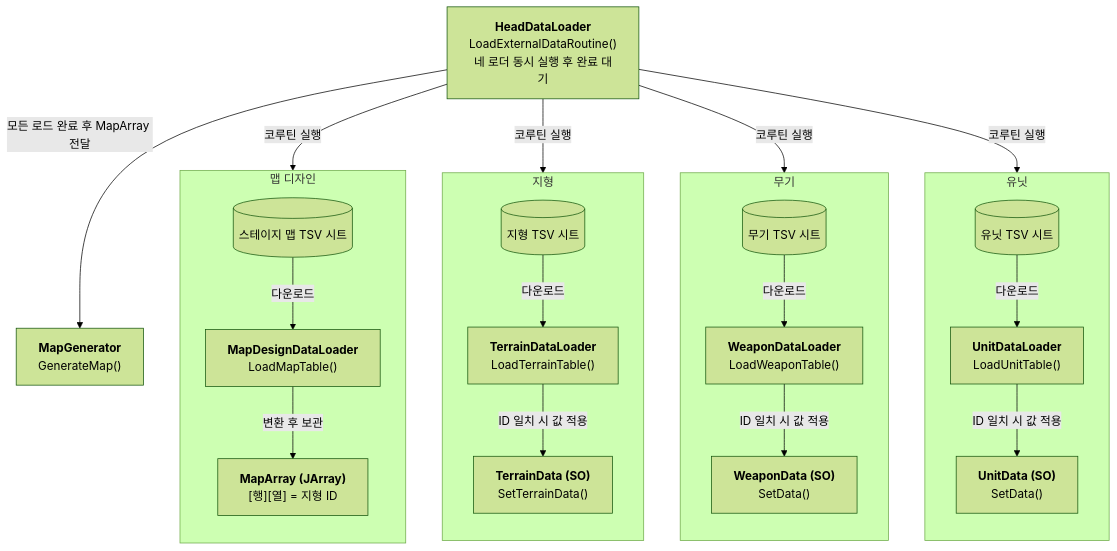
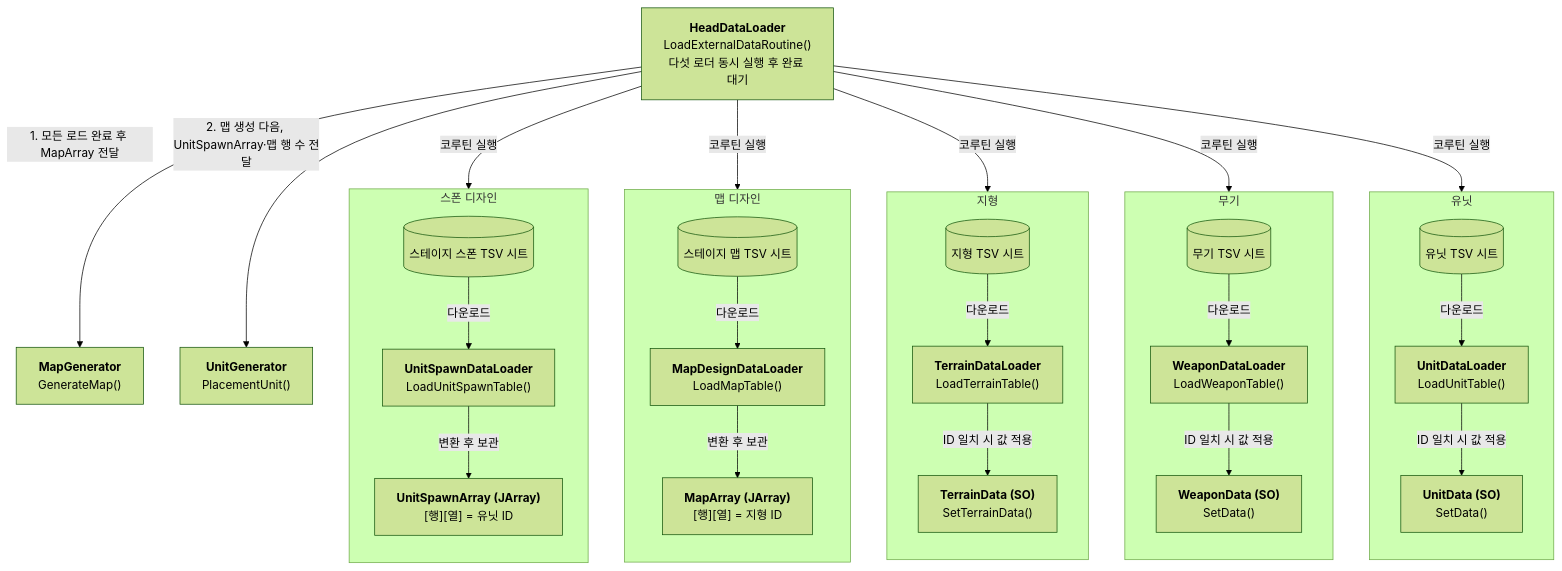
One commit to jayy5288sk/PersonalProject changed the first of 6 diagrams in Docs/ImplementDocs/Diagram.md. Above: the diagram before and after it, drawn with Mermaid (forest theme). The commit also changed other lines of this file and 3 other files, not shown here.

Commit message:
[Docs] 기술문서 및 다이어그램 작성

````diff
--- a/Docs/ImplementDocs/Diagram.md
+++ b/Docs/ImplementDocs/Diagram.md
@@ -8,48 +8,60 @@
 ```mermaid
 flowchart TB
-    Head["<b>HeadDataLoader</b><br/>LoadExternalDataRoutine()<br/>네 로더 동시 실행 후 완료 대기"]
+    Head["<b>HeadDataLoader</b><br/>LoadExternalDataRoutine()<br/>다섯 로더 동시 실행 후 완료 대기"]
 
     subgraph Unit["유닛"]
         direction TB
         UnitSheet[("유닛 TSV 시트")]
         UnitLoader["<b>UnitDataLoader</b><br/>LoadUnitTable()"]
         UnitSO["<b>UnitData (SO)</b><br/>SetData()"]
         UnitSheet -->|다운로드| UnitLoader
         UnitLoader -->|ID 일치 시 값 적용| UnitSO
     end
 
     subgraph Weapon["무기"]
         direction TB
         WeaponSheet[("무기 TSV 시트")]
         WeaponLoader["<b>WeaponDataLoader</b><br/>LoadWeaponTable()"]
         WeaponSO["<b>WeaponData (SO)</b><br/>SetData()"]
         WeaponSheet -->|다운로드| WeaponLoader
         WeaponLoader -->|ID 일치 시 값 적용| WeaponSO
     end
 
     subgraph Terrain["지형"]
         direction TB
         TerrainSheet[("지형 TSV 시트")]
         TerrainLoader["<b>TerrainDataLoader</b><br/>LoadTerrainTable()"]
         TerrainSO["<b>TerrainData (SO)</b><br/>SetTerrainData()"]
         TerrainSheet -->|다운로드| TerrainLoader
         TerrainLoader -->|ID 일치 시 값 적용| TerrainSO
     end
 
     subgraph Map["맵 디자인"]
         direction TB
         MapSheet[("스테이지 맵 TSV 시트")]
         MapLoader["<b>MapDesignDataLoader</b><br/>LoadMapTable()"]
         MapArray["<b>MapArray (JArray)</b><br/>[행][열] = 지형 ID"]
         MapSheet -->|다운로드| MapLoader
         MapLoader -->|변환 후 보관| MapArray
     end
 
+    subgraph Spawn["스폰 디자인"]
+        direction TB
+        SpawnSheet[("스테이지 스폰 TSV 시트")]
+        SpawnLoader["<b>UnitSpawnDataLoader</b><br/>LoadUnitSpawnTable()"]
+        SpawnArray["<b>UnitSpawnArray (JArray)</b><br/>[행][열] = 유닛 ID"]
+        SpawnSheet -->|다운로드| SpawnLoader
+        SpawnLoader -->|변환 후 보관| SpawnArray
+    end
+
     Generator["<b>MapGenerator</b><br/>GenerateMap()"]
+    UnitGen["<b>UnitGenerator</b><br/>PlacementUnit()"]
 
     Head -->|코루틴 실행| UnitLoader
     Head -->|코루틴 실행| WeaponLoader
     Head -->|코루틴 실행| TerrainLoader
     Head -->|코루틴 실행| MapLoader
-    Head -->|모든 로드 완료 후 MapArray 전달| Generator
+    Head -->|코루틴 실행| SpawnLoader
+    Head -->|1. 모든 로드 완료 후 MapArray 전달| Generator
+    Head -->|2. 맵 생성 다음, UnitSpawnArray·맵 행 수 전달| UnitGen
 ```
````
